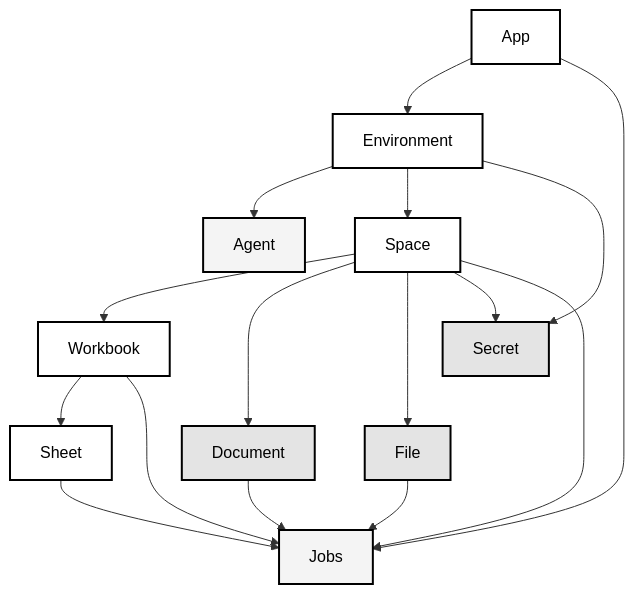
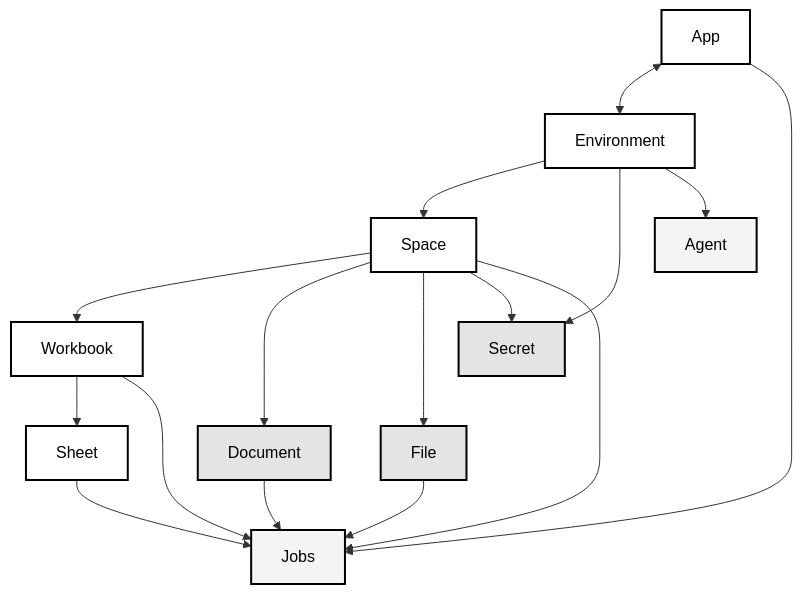
Before and after one commit to FlatFilers/Guides: the diagram in learning-center/architecture/about.mdx, drawn with Mermaid. The commit also changed 1 other file, not shown here.

````diff
--- a/learning-center/architecture/about.mdx
+++ b/learning-center/architecture/about.mdx
@@ -11,37 +11,38 @@
 ```mermaid
 graph TD
-    %% Define styles
-    classDef primaryNodes fill:#ffffff,stroke:#000000,color:#000000,stroke-width:2px
-    classDef secondaryNodes fill:#e4e4e4,stroke:#000000,color:#000000,stroke-width:2px
-    classDef specialNodes fill:#f4f4f4,stroke:#000000,color:#000000,stroke-width:2px
 
-    %% Application Resources
-    App --> Environment[Environment]
-    Environment --> Agent[Agent]
+%% Define styles
+classDef primaryNodes fill:#ffffff,stroke:#000000,color:#000000,stroke-width:2px
+classDef secondaryNodes fill:#e4e4e4,stroke:#000000,color:#000000,stroke-width:2px
+classDef specialNodes fill:#f4f4f4,stroke:#000000,color:#000000,stroke-width:2px
 
-    %% Environment Resources
-    Environment --> Space[Space]
-    Environment --> Secret[Secret]
+%% Top Level Resources with bidirectional relationship
+App <--> Environment
 
-    %% Space Resources
-    Space --> Workbook[Workbook]
-    Space --> Document[Document]
-    Space --> File[File]
-    Space --> Secret[Secret]
-    
-    %% Workbook Resources
-    Workbook --> Sheet[Sheet]
+%% Environment Resources
+Environment --> Space
+Environment --> Secret
+Environment --> Agent
 
-    %% Jobs Relationships
-    App --> Jobs
-    File --> Jobs
-    Workbook --> Jobs
-    Sheet --> Jobs
-    Space --> Jobs
-    Document --> Jobs
+%% Space Resources
+Space --> Workbook
+Space --> Document
+Space --> File
+Space --> Secret
 
-    %% Apply classes
-    class App,Environment,Space,Workbook,Sheet primaryNodes
-    class Agent,Jobs specialNodes
-    class Document,File,Secret secondaryNodes
+%% Workbook Resources
+Workbook --> Sheet
+
+%% Jobs Relationships
+App --> Jobs
+File --> Jobs
+Workbook --> Jobs
+Sheet --> Jobs
+Space --> Jobs
+Document --> Jobs
+
+%% Apply classes
+class App,Environment,Space,Workbook,Sheet primaryNodes
+class Agent,Jobs specialNodes
+class Document,File,Secret secondaryNodes
 ```
````
